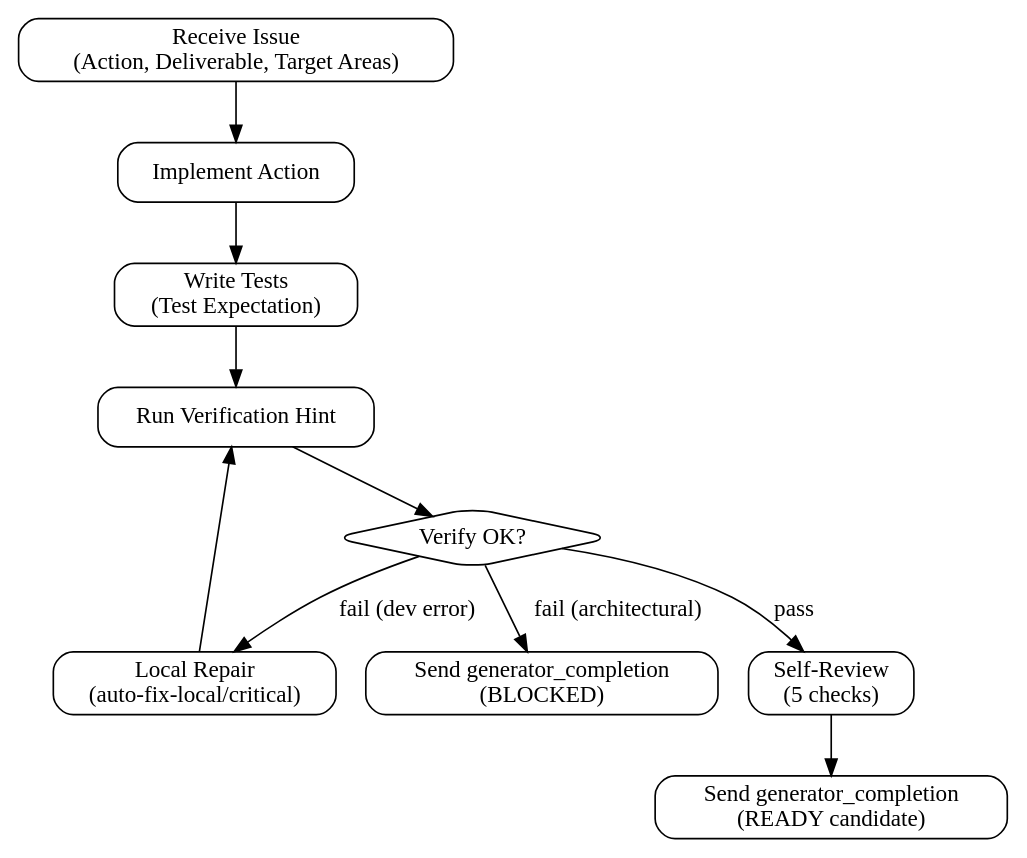
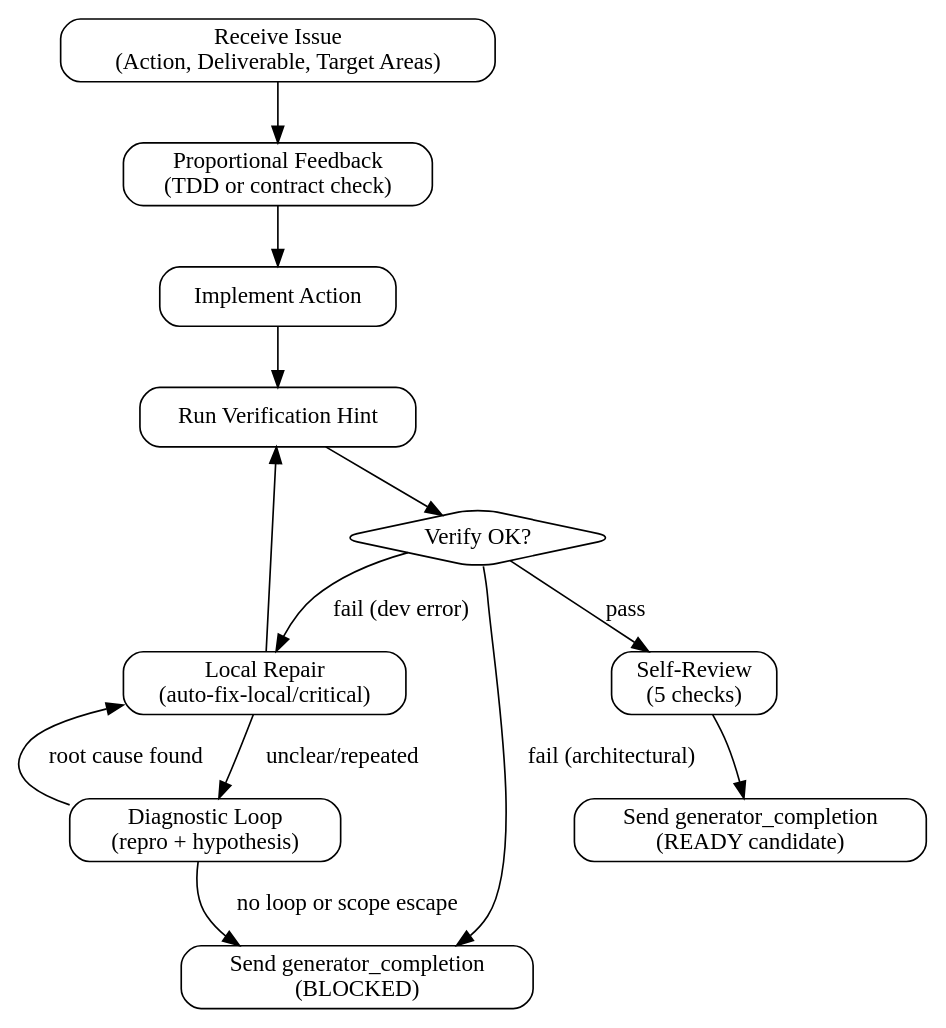
The first of 2 diagrams in skills/pge-exec/handoffs/generator.md (feng-y/pge), drawn with Graphviz before and after one commit. The commit also changed other lines of this file and 5 other files, not shown here.

````diff
--- a/skills/pge-exec/handoffs/generator.md
+++ b/skills/pge-exec/handoffs/generator.md
@@ -5,23 +5,27 @@
 ```dot
 digraph generator {
   rankdir=TB;
   node [shape=box, style=rounded];
 
   receive [label="Receive Issue\n(Action, Deliverable, Target Areas)"];
   implement [label="Implement Action"];
-  write_tests [label="Write Tests\n(Test Expectation)"];
+  feedback [label="Proportional Feedback\n(TDD or contract check)"];
   verify [label="Run Verification Hint"];
+  diagnose [label="Diagnostic Loop\n(repro + hypothesis)"];
   self_review [label="Self-Review\n(5 checks)"];
   verify_ok [label="Verify OK?", shape=diamond];
   local_repair [label="Local Repair\n(auto-fix-local/critical)"];
   completion [label="Send generator_completion\n(READY candidate)"];
   blocked [label="Send generator_completion\n(BLOCKED)"];
 
-  receive -> implement -> write_tests -> verify -> verify_ok;
+  receive -> feedback -> implement -> verify -> verify_ok;
   verify_ok -> self_review [label="pass"];
   verify_ok -> local_repair [label="fail (dev error)"];
+  local_repair -> diagnose [label="unclear/repeated"];
+  diagnose -> local_repair [label="root cause found"];
+  diagnose -> blocked [label="no loop or scope escape"];
   verify_ok -> blocked [label="fail (architectural)"];
   local_repair -> verify;
   self_review -> completion;
 }
 ```
````
